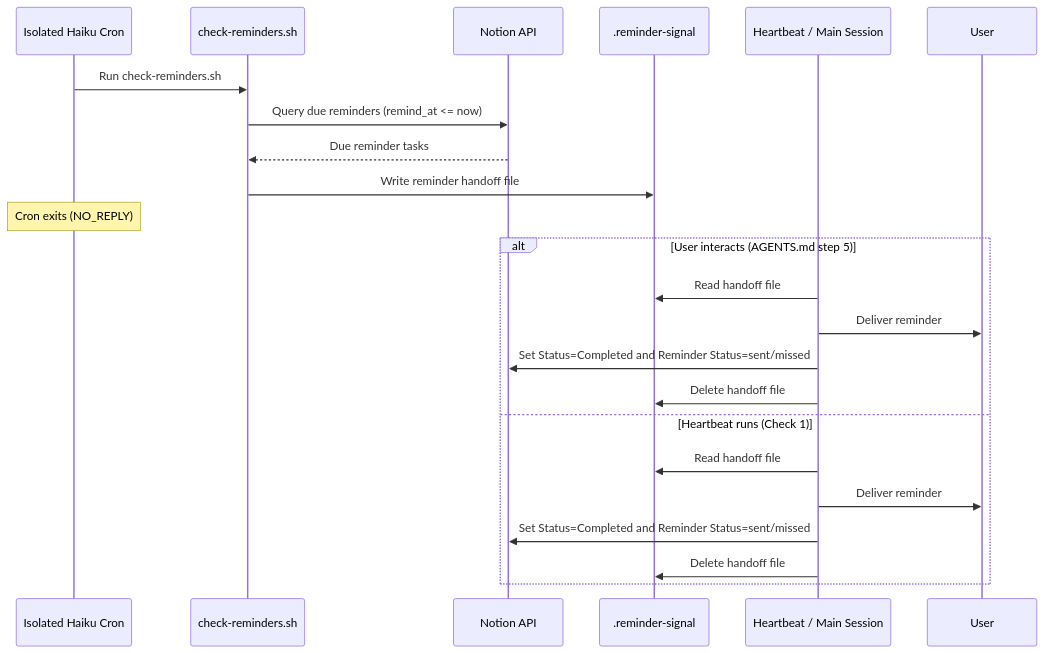
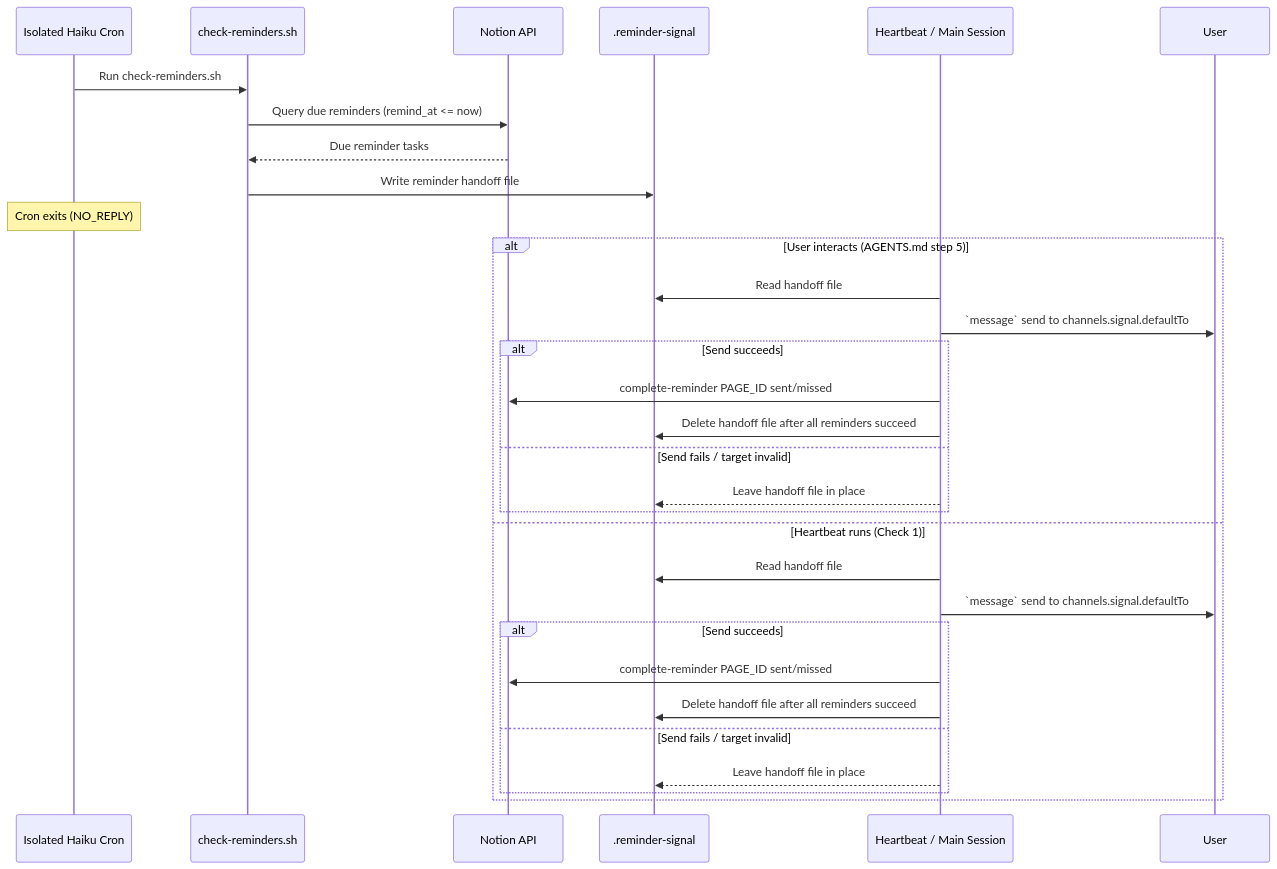
One commit to NickBorgersProbably/hide-my-list changed diagram 22 of 28 in docs/user-interactions.md. Above: the diagram before and after it, drawn with Mermaid. The commit also changed other lines of this file and 9 other files, not shown here.

````diff
--- a/docs/user-interactions.md
+++ b/docs/user-interactions.md
@@ -757,26 +757,34 @@
 ```mermaid
 sequenceDiagram
     participant Cron as Isolated Haiku Cron
     participant Scr as check-reminders.sh
     participant Notion as Notion API
     participant Signal as .reminder-signal
     participant Delivery as Heartbeat / Main Session
     participant User
 
     Cron->>Scr: Run check-reminders.sh
     Scr->>Notion: Query due reminders (remind_at <= now)
     Notion-->>Scr: Due reminder tasks
     Scr->>Signal: Write reminder handoff file
     Note over Cron: Cron exits (NO_REPLY)
     alt User interacts (AGENTS.md step 5)
         Delivery->>Signal: Read handoff file
-        Delivery->>User: Deliver reminder
-        Delivery->>Notion: Set Status=Completed and Reminder Status=sent/missed
-        Delivery->>Signal: Delete handoff file
+        Delivery->>User: `message` send to channels.signal.defaultTo
+        alt Send succeeds
+            Delivery->>Notion: complete-reminder PAGE_ID sent/missed
+            Delivery->>Signal: Delete handoff file after all reminders succeed
+        else Send fails / target invalid
+            Delivery-->>Signal: Leave handoff file in place
+        end
     else Heartbeat runs (Check 1)
         Delivery->>Signal: Read handoff file
-        Delivery->>User: Deliver reminder
-        Delivery->>Notion: Set Status=Completed and Reminder Status=sent/missed
-        Delivery->>Signal: Delete handoff file
+        Delivery->>User: `message` send to channels.signal.defaultTo
+        alt Send succeeds
+            Delivery->>Notion: complete-reminder PAGE_ID sent/missed
+            Delivery->>Signal: Delete handoff file after all reminders succeed
+        else Send fails / target invalid
+            Delivery-->>Signal: Leave handoff file in place
+        end
     end
 ```
````
